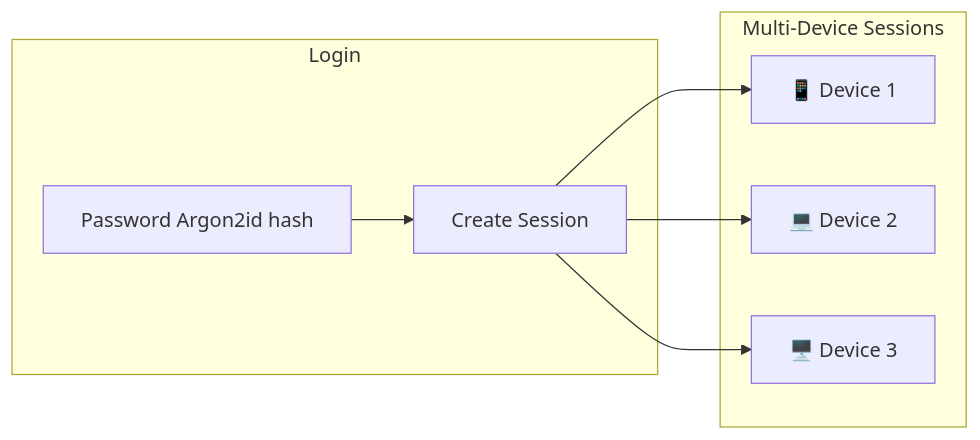
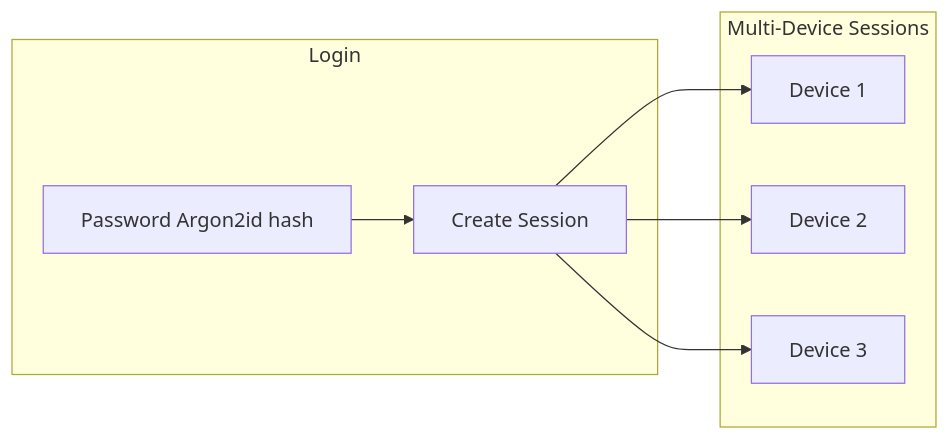
The seventh of 10 diagrams in docs/02-architecture.md (MariaDB-Hackathon-MY-2026/securevault), drawn with Mermaid before and after one commit. The commit also changed other lines of this file and 16 other files, not shown here.

````diff
--- a/docs/02-architecture.md
+++ b/docs/02-architecture.md
@@ -144,12 +191,12 @@
 ```mermaid
 graph LR
     subgraph Login
         PW["Password Argon2id hash"] --> Session["Create Session"]
     end
 
     subgraph Sessions["Multi-Device Sessions"]
-        Session --> S1["📱 Device 1"]
-        Session --> S2["💻 Device 2"]
-        Session --> S3["🖥️ Device 3"]
+        Session --> S1["Device 1"]
+        Session --> S2["Device 2"]
+        Session --> S3["Device 3"]
     end
 ```
````
